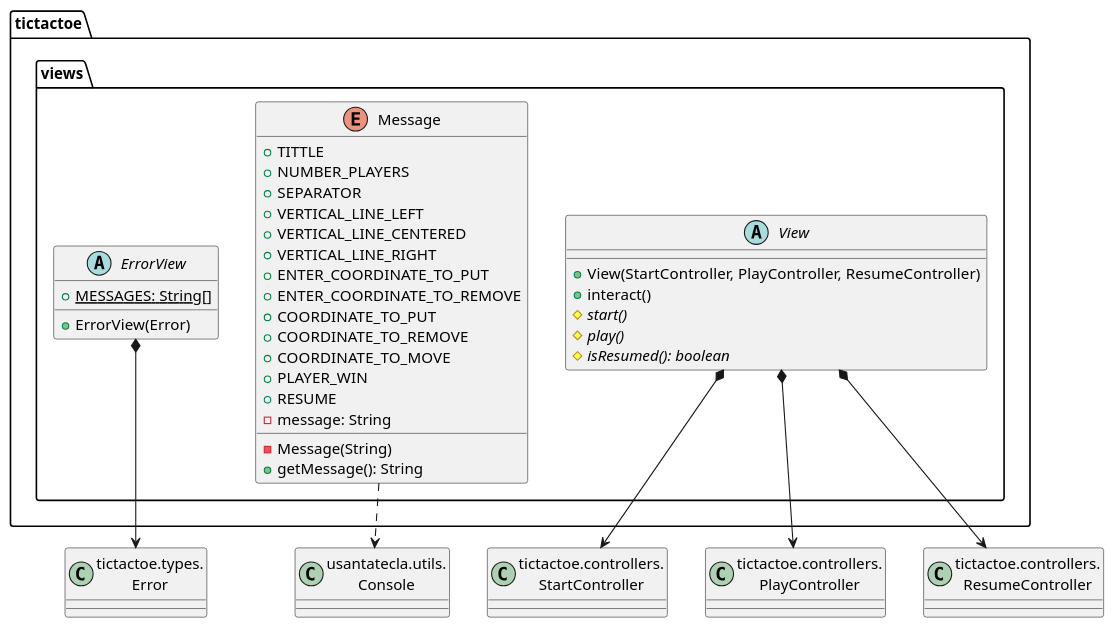
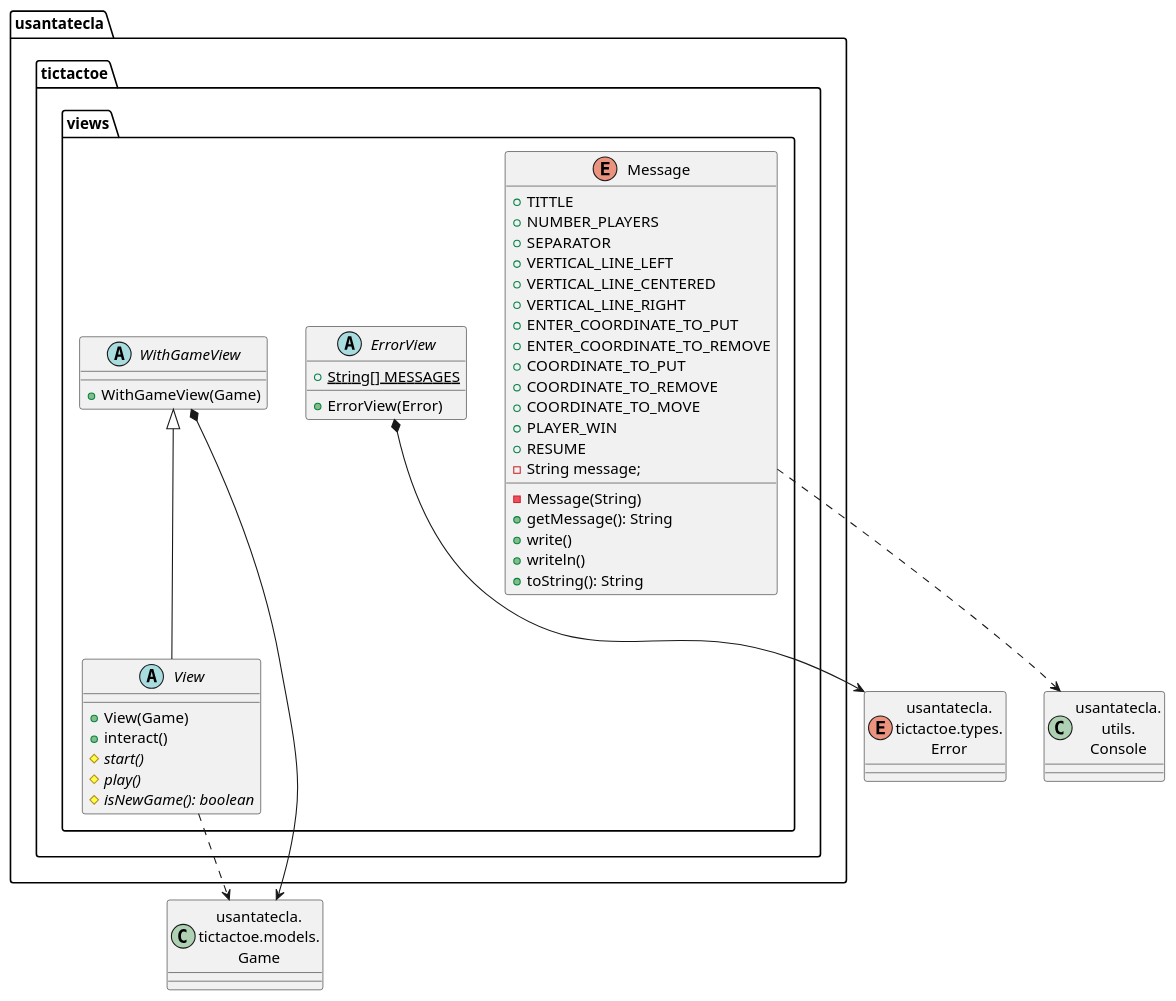
Before and after one commit to Jolucaa/USantaTecla-project-ticTacToe: the second of 7 diagrams in modelViewPresenter/presentationModel/basic/docs/diagrams/src/paquetes.plantuml, drawn with PlantUML. The commit also changed other lines of this file and 149 other files, not shown here.

```diff
--- a/modelViewPresenter/presentationModel/basic/docs/diagrams/src/paquetes.plantuml
+++ b/modelViewPresenter/presentationModel/basic/docs/diagrams/src/paquetes.plantuml
@@ -42,46 +33,51 @@
-@startuml paqueteTicTactoeViews
-class Error as "tictactoe.types.\nError"
-class StartController as "tictactoe.controllers.\nStartController"
-class PlayController as "tictactoe.controllers.\nPlayController"
-class ResumeController as "tictactoe.controllers.\nResumeController"
-class Console as "usantatecla.utils.\nConsole"
+@startuml tictactoe.views
+class Game as "usantatecla.\ntictactoe.models.\nGame"
+class Console as "usantatecla.\nutils.\nConsole"
+enum Error as "usantatecla.\ntictactoe.types.\nError"
 
-abstract class  tictactoe.views.ErrorView{
-  + {static} MESSAGES: String[]
-  + ErrorView(Error)
+abstract class usantatecla.tictactoe.views.WithGameView {
+	+ WithGameView(Game)
 }
-tictactoe.views.ErrorView *-down-> Error
+usantatecla.tictactoe.views.WithGameView *-down-> Game
 
-enum  tictactoe.views.Message{
-  + TITTLE
-  + NUMBER_PLAYERS
-  + SEPARATOR
-  + VERTICAL_LINE_LEFT
-  + VERTICAL_LINE_CENTERED
-  + VERTICAL_LINE_RIGHT
-  + ENTER_COORDINATE_TO_PUT
-  + ENTER_COORDINATE_TO_REMOVE
-  + COORDINATE_TO_PUT
-  + COORDINATE_TO_REMOVE
-  + COORDINATE_TO_MOVE
-  + PLAYER_WIN
-  + RESUME
-  - message: String
-  - Message(String)
-  + getMessage(): String
+abstract class usantatecla.tictactoe.views.ErrorView {
+	+ {static} String[] MESSAGES
+	+ ErrorView(Error)
 }
+usantatecla.tictactoe.views.ErrorView *-down-> Error
 
-tictactoe.views.Message .down.> Console
+enum usantatecla.tictactoe.views.Message {
+	+ TITTLE
+	+ NUMBER_PLAYERS
+	+ SEPARATOR
+	+ VERTICAL_LINE_LEFT
+	+ VERTICAL_LINE_CENTERED
+	+ VERTICAL_LINE_RIGHT
+	+ ENTER_COORDINATE_TO_PUT
+	+ ENTER_COORDINATE_TO_REMOVE
+	+ COORDINATE_TO_PUT
+	+ COORDINATE_TO_REMOVE
+	+ COORDINATE_TO_MOVE
+	+ PLAYER_WIN
+	+ RESUME
+	- String message;
 
-abstract class tictactoe.views.View {
-  + View(StartController, PlayController, ResumeController)
-  + interact()
-  # {abstract} start()
-  # {abstract} play()
-  # {abstract} isResumed(): boolean
+	- Message(String)
+	+ getMessage(): String
+	+ write()
+	+ writeln()
+	+ toString(): String
 }
-tictactoe.views.View *-down-> StartController
-tictactoe.views.View *-down-> PlayController
-tictactoe.views.View *-down-> ResumeController
+usantatecla.tictactoe.views.Message .down.> Console
+
+abstract class usantatecla.tictactoe.views.View {
+	+ View(Game)
+	+ interact()
+	# {abstract} start()
+	# {abstract} play()
+	# {abstract} isNewGame(): boolean
+}
+usantatecla.tictactoe.views.View -up-|> usantatecla.tictactoe.views.WithGameView
+usantatecla.tictactoe.views.View .down.> Game
 
 @enduml
```
